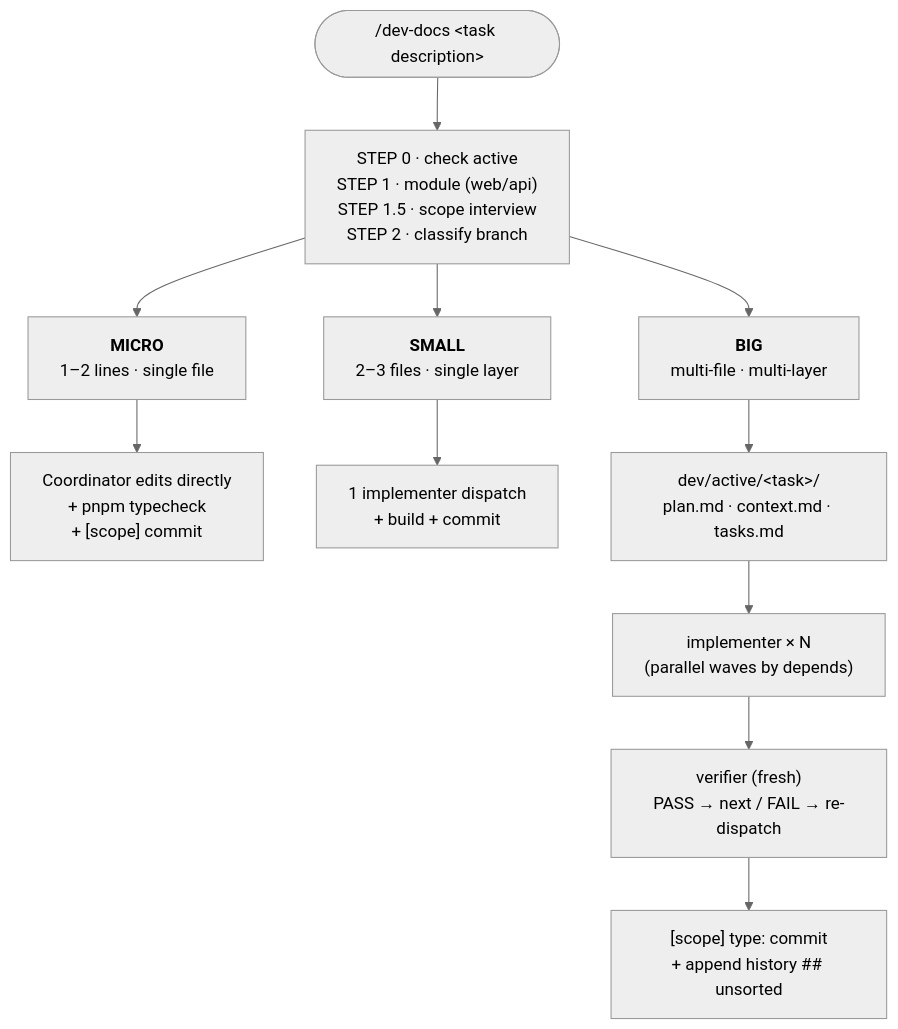
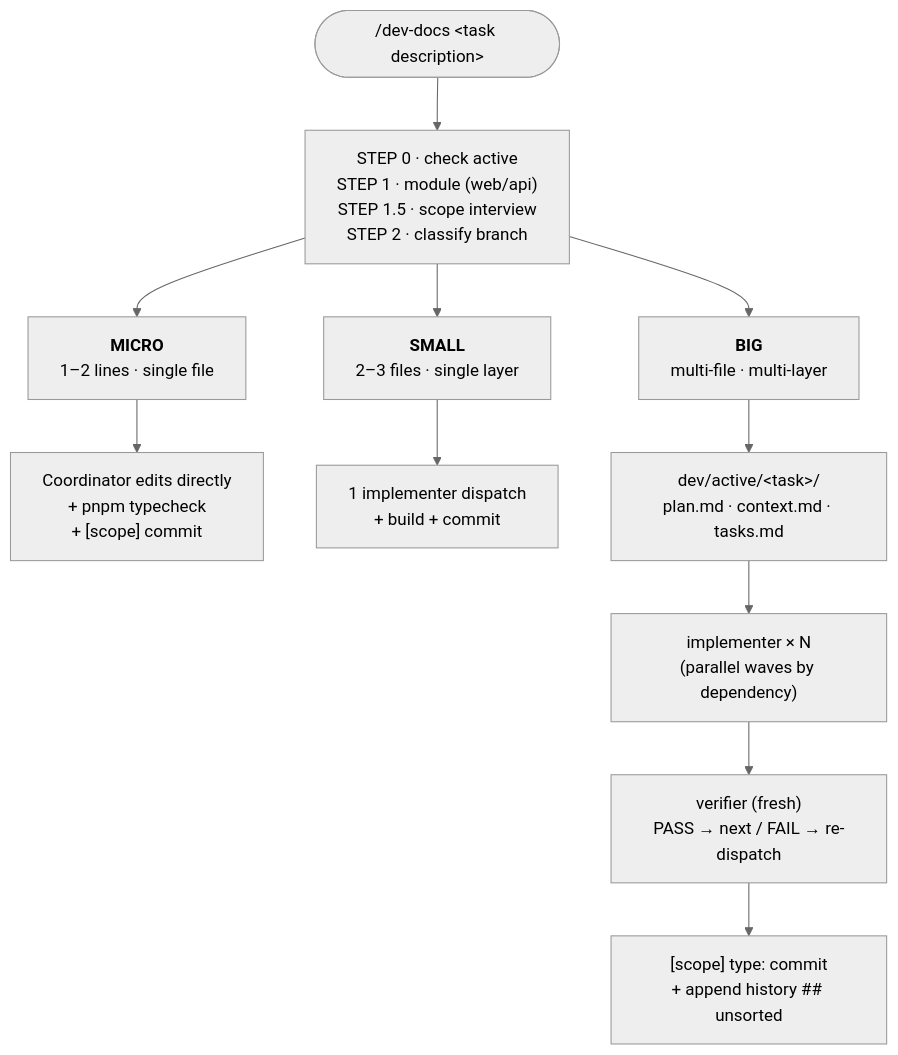
Before and after one commit to Seungwook-Cho/my-small-harness: the second of 2 diagrams in README.en.md, drawn with Mermaid (neutral theme). The commit also changed other lines of this file and 1 other file, not shown here.

````diff
--- a/README.en.md
+++ b/README.en.md
@@ -81,23 +81,23 @@
 ```mermaid
 flowchart TD
     Start(["/dev-docs &lt;task description&gt;"])
     Interview["STEP 0 · check active<br/>STEP 1 · module (web/api)<br/>STEP 1.5 · scope interview<br/>STEP 2 · classify branch"]
     Micro["<b>MICRO</b><br/>1–2 lines · single file"]
     Small["<b>SMALL</b><br/>2–3 files · single layer"]
     Big["<b>BIG</b><br/>multi-file · multi-layer"]
 
     MicroAct["Coordinator edits directly<br/>+ pnpm typecheck<br/>+ [scope] commit"]
     SmallAct["1 implementer dispatch<br/>+ build + commit"]
     BigPlan["dev/active/&lt;task&gt;/<br/>plan.md · context.md · tasks.md"]
-    BigImp["implementer × N<br/>(parallel waves by depends)"]
+    BigImp["implementer × N<br/>(parallel waves by dependency)"]
     BigVer["verifier (fresh)<br/>PASS → next / FAIL → re-dispatch"]
     BigCommit["[scope] type: commit<br/>+ append history ## unsorted"]
 
     Start --> Interview
     Interview --> Micro
     Interview --> Small
     Interview --> Big
     Micro --> MicroAct
     Small --> SmallAct
     Big --> BigPlan --> BigImp --> BigVer --> BigCommit
 ```
````
